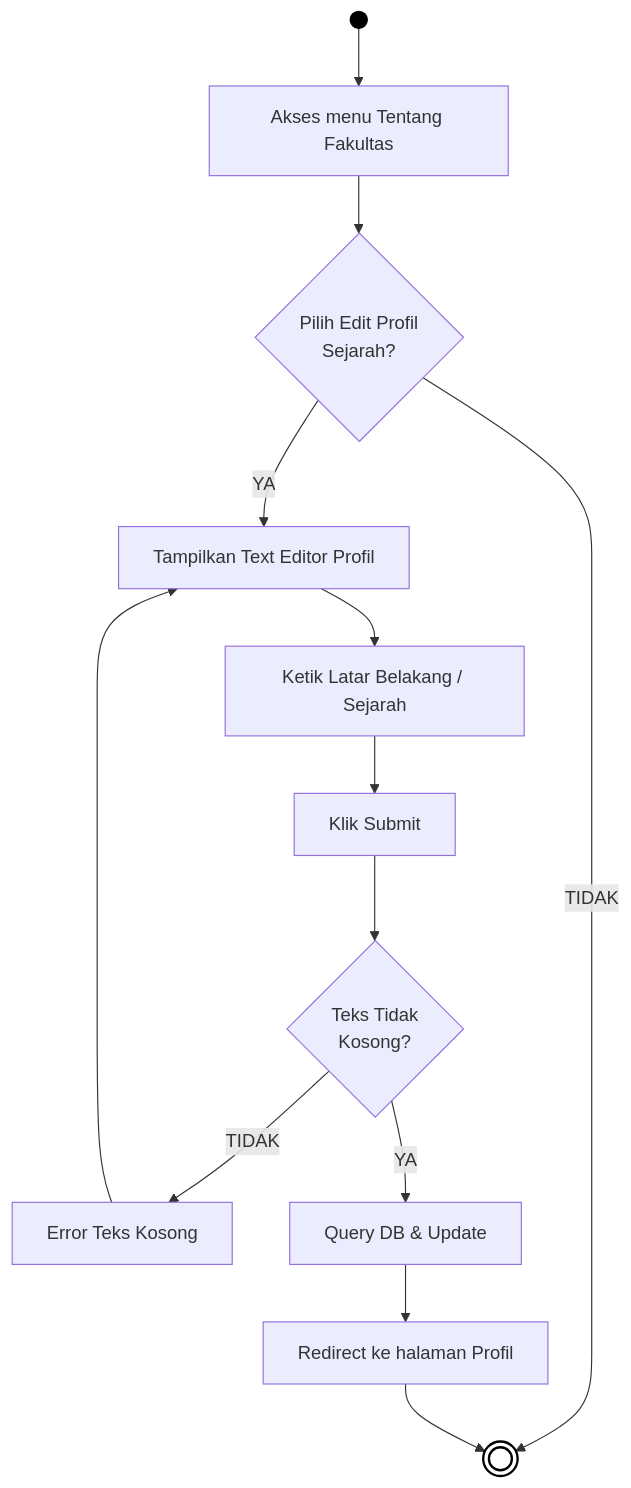
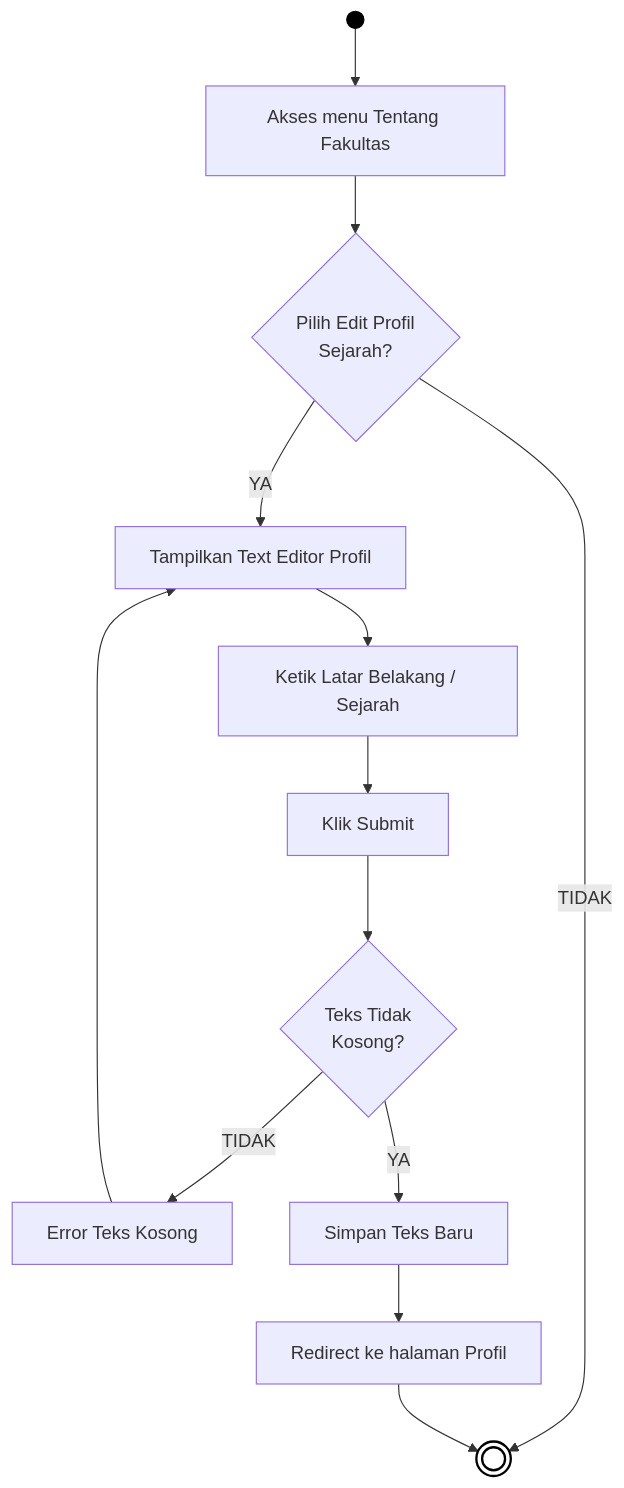
One commit to arbain-dev/Web_fikom changed the fifth of 5 diagrams in docs/01_DIAGRAM_AKTIVITAS.md. Above: the diagram before and after it, drawn with Mermaid. The commit also changed other lines of this file, not shown here.

Commit message:
docs: menyederhanakan istilah Query DB pada diagram aktivitas

````diff
--- a/docs/01_DIAGRAM_AKTIVITAS.md
+++ b/docs/01_DIAGRAM_AKTIVITAS.md
@@ -148,22 +148,22 @@
 ```mermaid
 flowchart TD
     Start(( )) --> A[Akses menu Tentang Fakultas]
     
     A --> B{Pilih Edit Profil\nSejarah?}
     B -- TIDAK --> End((( )))
     
     B -- YA --> C[Tampilkan Text Editor Profil]
     C --> D[Ketik Latar Belakang / Sejarah]
     D --> E[Klik Submit]
     E --> F{Teks Tidak\nKosong?}
     
     F -- TIDAK --> G[Error Teks Kosong]
     G --> C
     
-    F -- YA --> H[Query DB & Update]
+    F -- YA --> H[Simpan Teks Baru]
     H --> I[Redirect ke halaman Profil]
     I --> End
     
     style Start fill:#000,stroke:#000,color:#000
     style End fill:#fff,stroke:#000,stroke-width:2px
 ```
````
